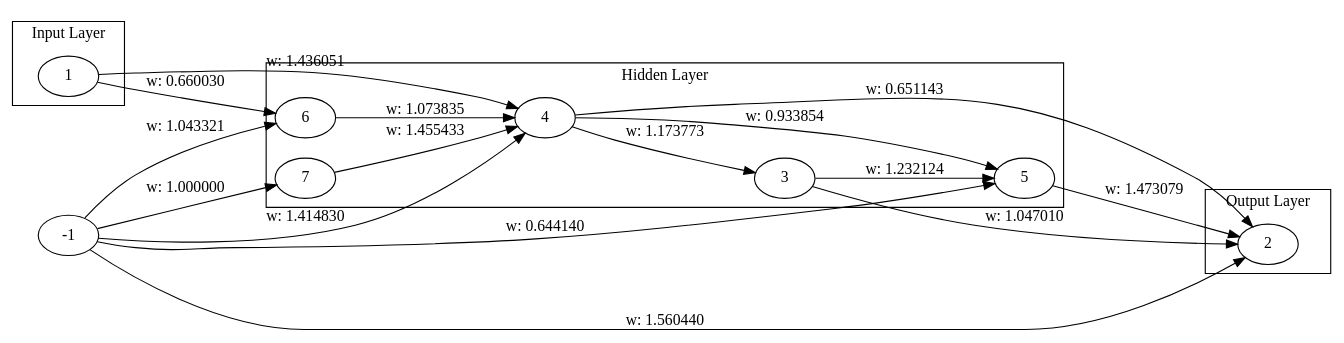
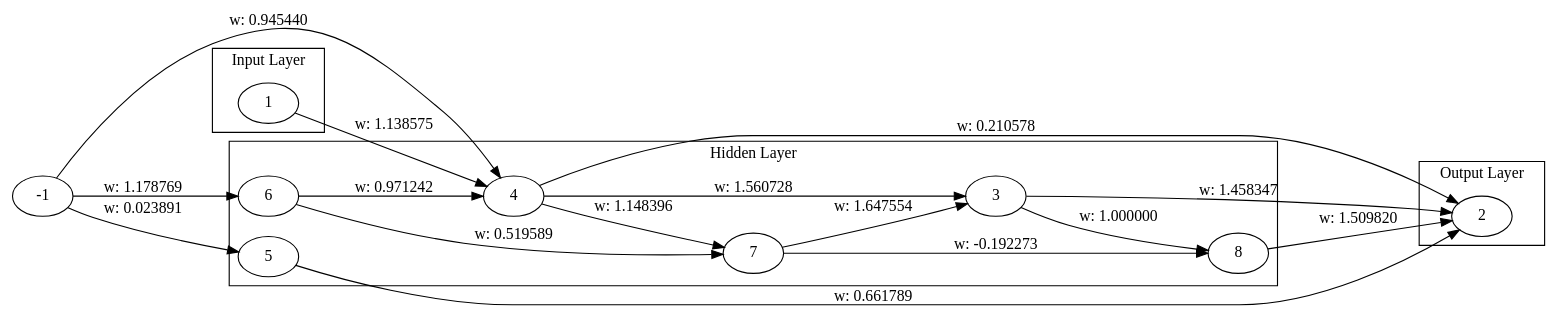
Before and after one commit to malikAkurtz/TradingSystem: the diagram in genome_graph.dot, drawn with Graphviz. The commit also changed 4 other files, not shown here.

```diff
--- a/genome_graph.dot
+++ b/genome_graph.dot
@@ -1,34 +1,35 @@
 digraph Genome {
   rankdir=LR;
   subgraph cluster_0 {
     label="Input Layer";
     1;
   }
   subgraph cluster_1 {
     label="Hidden Layer";
     3;
     4;
     5;
     6;
     7;
+    8;
   }
   subgraph cluster_2 {
     label="Output Layer";
     2;
   }
-  -1 -> 2 [label="w: 1.560440"];
-  3 -> 2 [label="w: 1.047010"];
-  1 -> 4 [label="w: 1.436051"];
-  4 -> 3 [label="w: 1.173773"];
-  3 -> 5 [label="w: 1.232124"];
-  5 -> 2 [label="w: 1.473079"];
-  -1 -> 4 [label="w: 1.414830"];
-  4 -> 5 [label="w: 0.933854"];
-  -1 -> 5 [label="w: 0.644140"];
-  4 -> 2 [label="w: 0.651143"];
-  1 -> 6 [label="w: 0.660030"];
-  6 -> 4 [label="w: 1.073835"];
-  -1 -> 6 [label="w: 1.043321"];
-  -1 -> 7 [label="w: 1.000000"];
-  7 -> 4 [label="w: 1.455433"];
+  3 -> 2 [label="w: 1.458347"];
+  1 -> 4 [label="w: 1.138575"];
+  4 -> 3 [label="w: 1.560728"];
+  -1 -> 5 [label="w: 0.023891"];
+  5 -> 2 [label="w: 0.661789"];
+  -1 -> 4 [label="w: 0.945440"];
+  -1 -> 6 [label="w: 1.178769"];
+  6 -> 4 [label="w: 0.971242"];
+  4 -> 7 [label="w: 1.148396"];
+  7 -> 3 [label="w: 1.647554"];
+  6 -> 7 [label="w: 0.519589"];
+  4 -> 2 [label="w: 0.210578"];
+  3 -> 8 [label="w: 1.000000"];
+  8 -> 2 [label="w: 1.509820"];
+  7 -> 8 [label="w: -0.192273"];
 }
```
